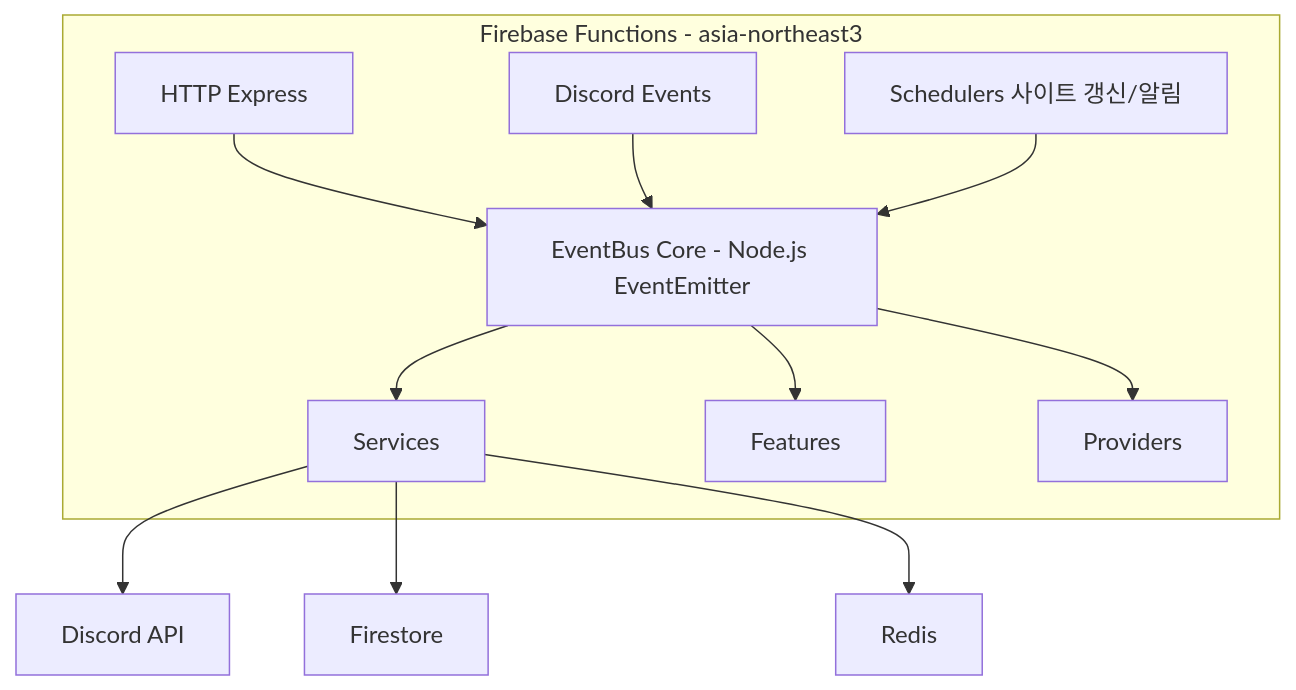
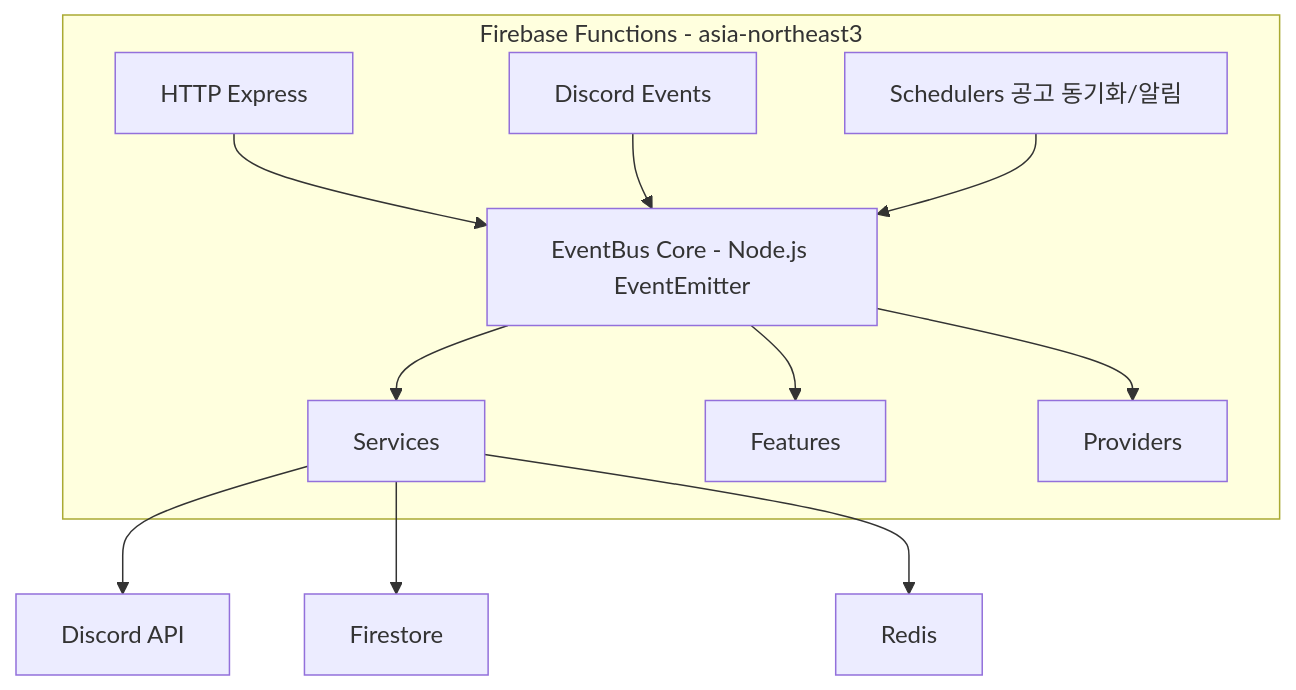
Before and after one commit to jscht/sria-notify-discord: the first of 3 diagrams in .claude/docs/ARCHITECTURE.md, drawn with Mermaid. The commit also changed other lines of this file and 9 other files, not shown here.

````diff
--- a/.claude/docs/ARCHITECTURE.md
+++ b/.claude/docs/ARCHITECTURE.md
@@ -11,14 +11,14 @@
 ```mermaid
 graph TD
     subgraph Firebase Functions - asia-northeast3
         HTTP[HTTP Express] --> EventBus[EventBus Core - Node.js EventEmitter]
         Discord[Discord Events] --> EventBus
-        Schedulers[Schedulers 사이트 갱신/알림] --> EventBus
+        Schedulers[Schedulers 공고 동기화/알림] --> EventBus
         EventBus --> Services
         EventBus --> Features
         EventBus --> Providers
     end
     Services --> DiscordAPI[Discord API]
     Services --> Firestore
     Services --> Redis
 ```
````
